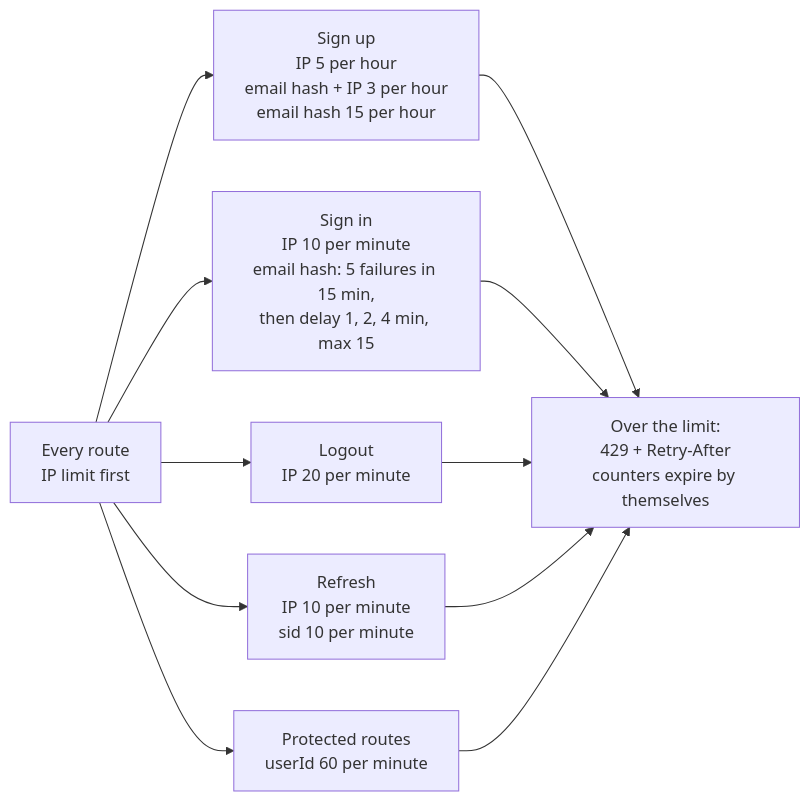
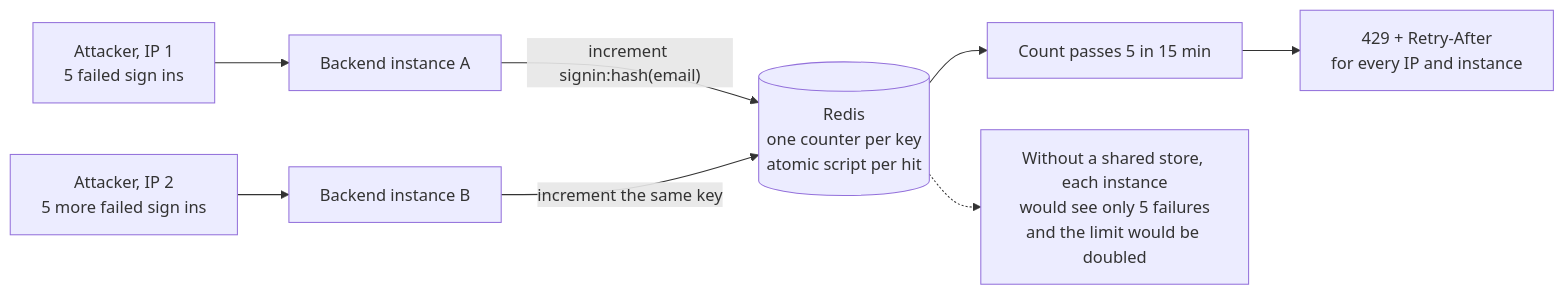
Before and after one commit to Rowan-habashy/easyGenerator-auth: the third of 4 diagrams in docs/architecture/c2-container.md, drawn with Mermaid. The commit also changed other lines of this file and 4 other files, not shown here.

````diff
--- a/docs/architecture/c2-container.md
+++ b/docs/architecture/c2-container.md
@@ -84,12 +60,11 @@
 ```mermaid
 flowchart LR
-    ip["Every route<br/>IP limit first"]
-
-    ip --> su["Sign up<br/>IP 5 per hour<br/>email hash + IP 3 per hour<br/>email hash 15 per hour"]
-    ip --> si["Sign in<br/>IP 10 per minute<br/>email hash: 5 failures in 15 min,<br/>then delay 1, 2, 4 min, max 15"]
-    ip --> lo["Logout<br/>IP 20 per minute"]
-    ip --> rf["Refresh<br/>IP 10 per minute<br/>sid 10 per minute"]
-    ip --> pr["Protected routes<br/>userId 60 per minute"]
-
-    su & si & lo & rf & pr --> res["Over the limit:<br/>429 + Retry-After<br/>counters expire by themselves"]
+    u1["Attacker, IP 1<br/>5 failed sign ins"] --> b1["Backend instance A"]
+    u2["Attacker, IP 2<br/>5 more failed sign ins"] --> b2["Backend instance B"]
+    b1 -- "increment signin:hash(email)" --> redis[("Redis<br/>one counter per key<br/>atomic script per hit")]
+    b2 -- "increment the same key" --> redis
+    redis --> r["Count passes 5 in 15 min"]
+    r --> d["429 + Retry-After<br/>for every IP and instance"]
+    note["Without a shared store, each instance<br/>would see only 5 failures<br/>and the limit would be doubled"]
+    redis -.-> note
 ```
````
